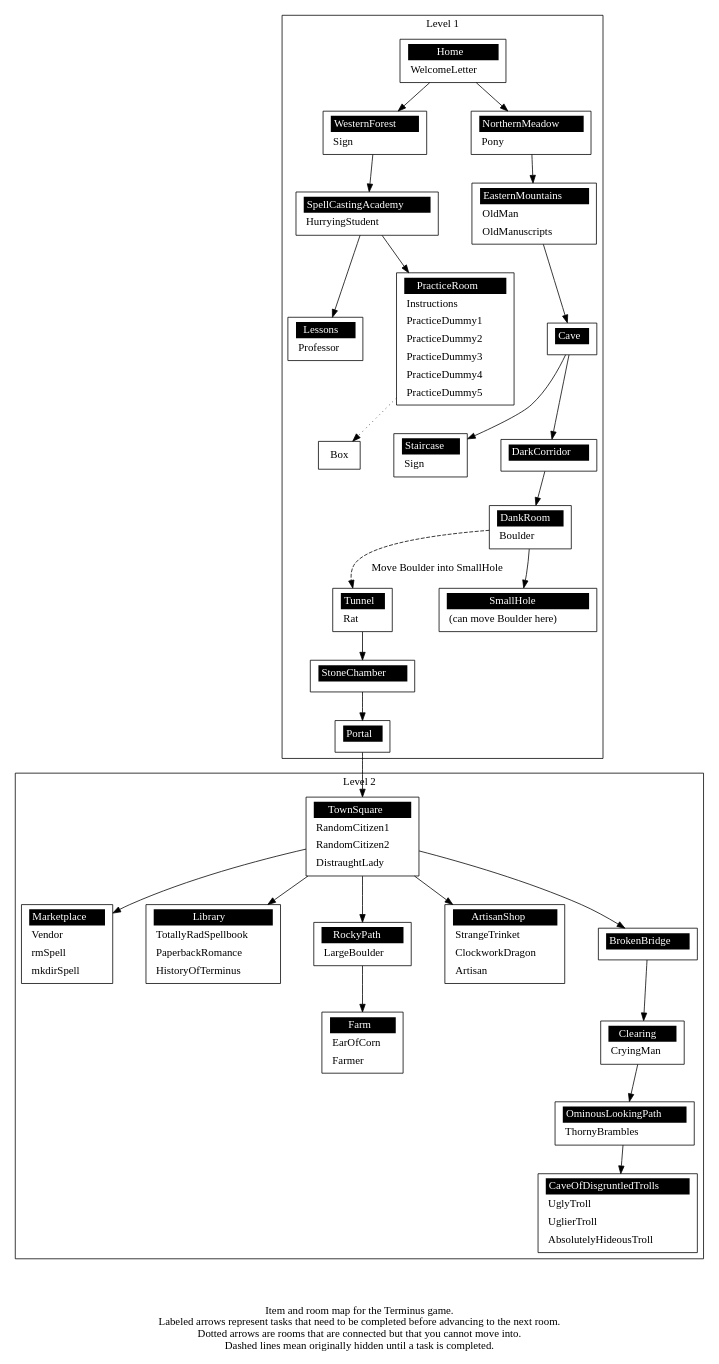
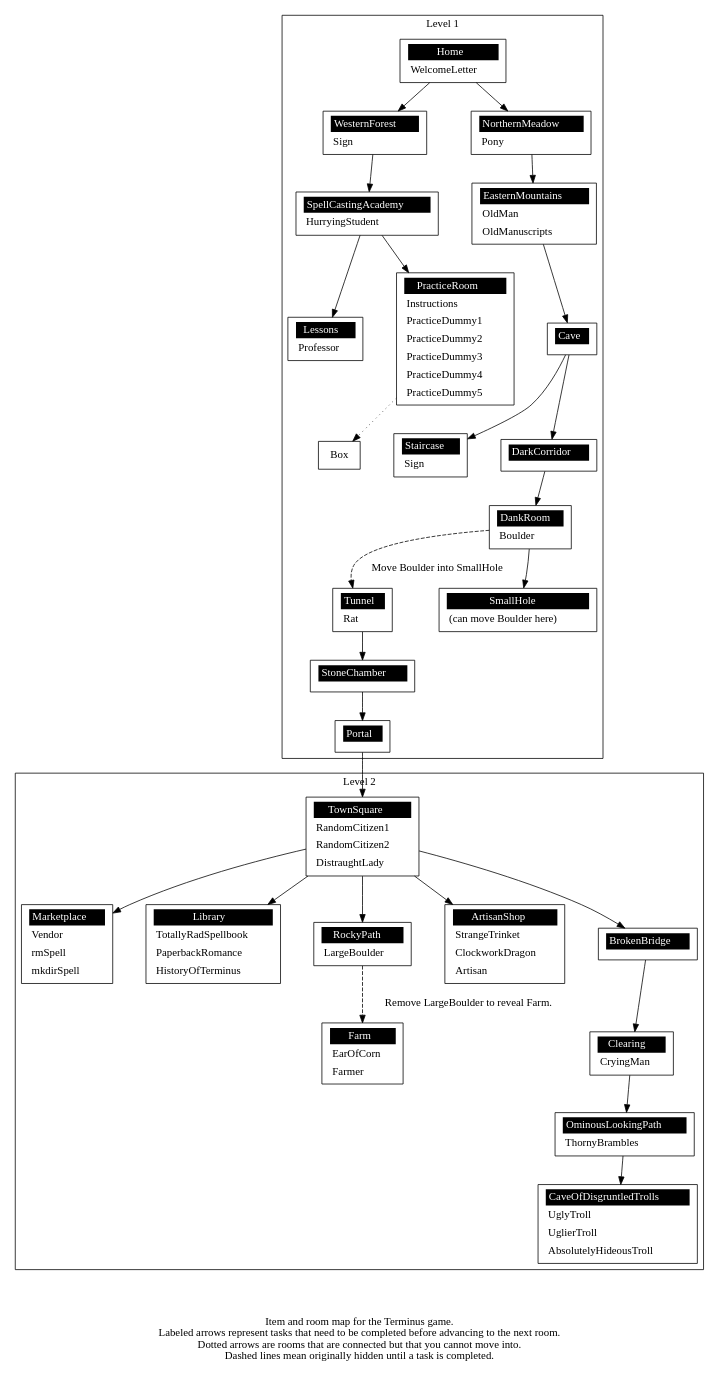
The diagram in docs/level_map.gv (mprat/Terminus), drawn with Graphviz before and after one commit. The commit also changed 2 other files, not shown here.

```diff
--- a/docs/level_map.gv
+++ b/docs/level_map.gv
@@ -202,7 +202,7 @@
 		"TownSquare" -> "RockyPath";
 		"TownSquare" -> "ArtisanShop";
 		"TownSquare" -> "BrokenBridge";
-		"RockyPath" -> "Farm";
+		"RockyPath" -> "Farm" [style="dashed", label="Remove LargeBoulder to reveal Farm."];
 		"BrokenBridge" -> "Clearing";
 		"Clearing" -> "OminousLookingPath";
 		"OminousLookingPath" -> "CaveOfDisgruntledTrolls";
```
